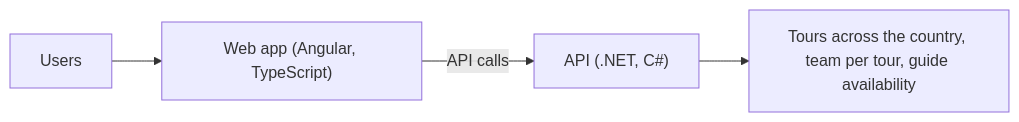
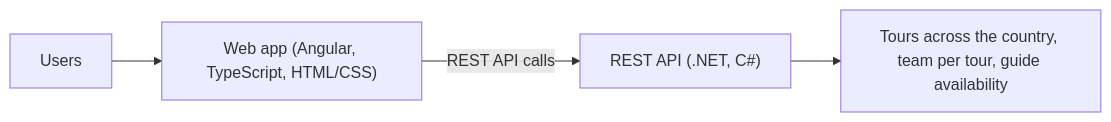
Before and after one commit to FypeiH/portfolio-site: the diagram in content/diagrams/takefreetours.mmd, drawn with Mermaid. The commit also changed 22 other files, not shown here.

```diff
--- a/content/diagrams/takefreetours.mmd
+++ b/content/diagrams/takefreetours.mmd
@@ -1,4 +1,4 @@
 graph LR
-  U["Users"] --> W["Web app (Angular, TypeScript)"]
-  W -->|"API calls"| A["API (.NET, C#)"]
+  U["Users"] --> W["Web app (Angular, TypeScript, HTML/CSS)"]
+  W -->|"REST API calls"| A["REST API (.NET, C#)"]
   A --> D["Tours across the country, team per tour, guide availability"]
```
